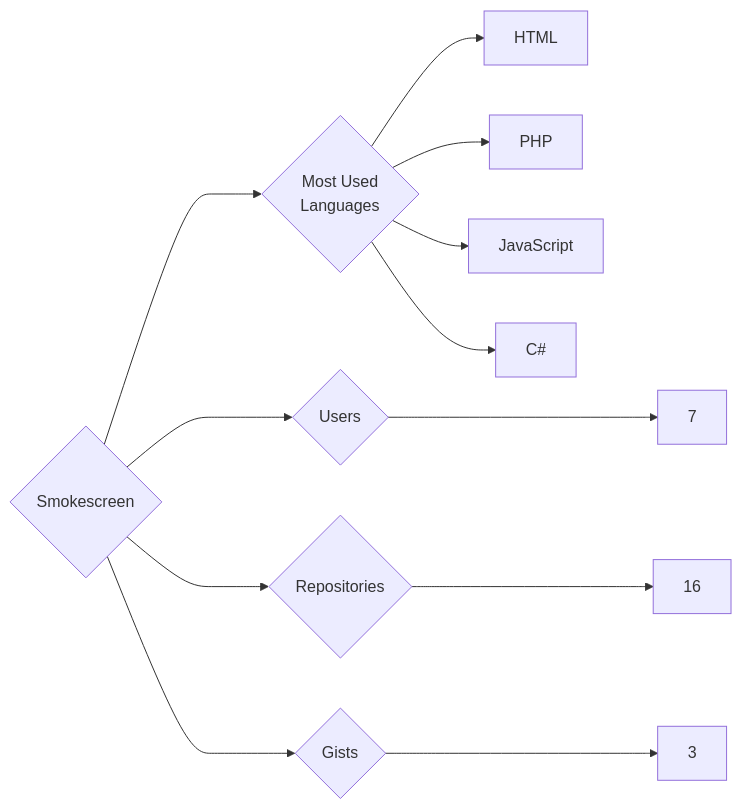
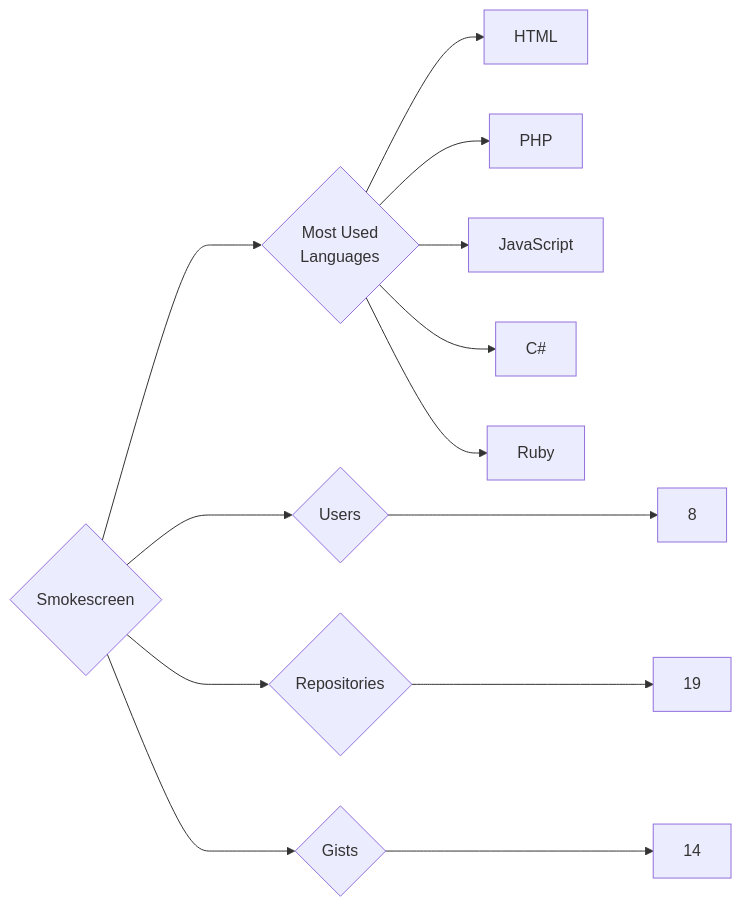
The diagram in targets/Smokescreen/README.md (trickest/insiders), drawn with Mermaid before and after one commit. The commit also changed 886 other files, not shown here.

````diff
--- a/targets/Smokescreen/README.md
+++ b/targets/Smokescreen/README.md
@@ -3,12 +3,13 @@
 ```mermaid
 graph LR
 COMPANY_NAME{Smokescreen}
-COMPANY_NAME ---> U{Users} ---> UN[7]
-COMPANY_NAME ---> R{Repositories} ---> RN[16]
-COMPANY_NAME ---> G{Gists} ---> GN[3]
+COMPANY_NAME ---> U{Users} ---> UN[8]
+COMPANY_NAME ---> R{Repositories} ---> RN[19]
+COMPANY_NAME ---> G{Gists} ---> GN[14]
 COMPANY_NAME ---> ML{Most Used<br>Languages}
 ML --> HTML[HTML]
 ML --> PHP[PHP]
 ML --> JavaScript[JavaScript]
 ML --> C#[C#]
+ML --> Ruby[Ruby]
 ```
````
